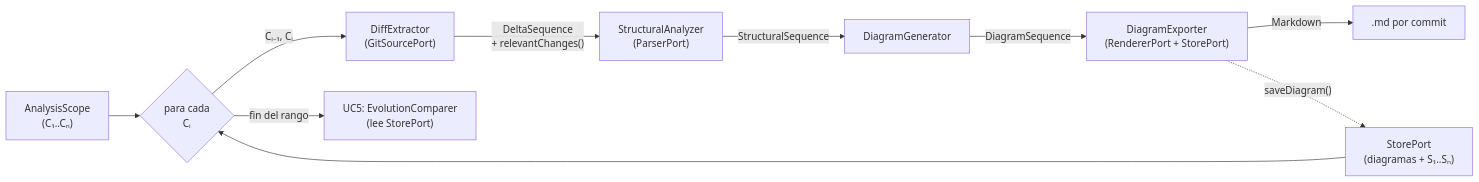
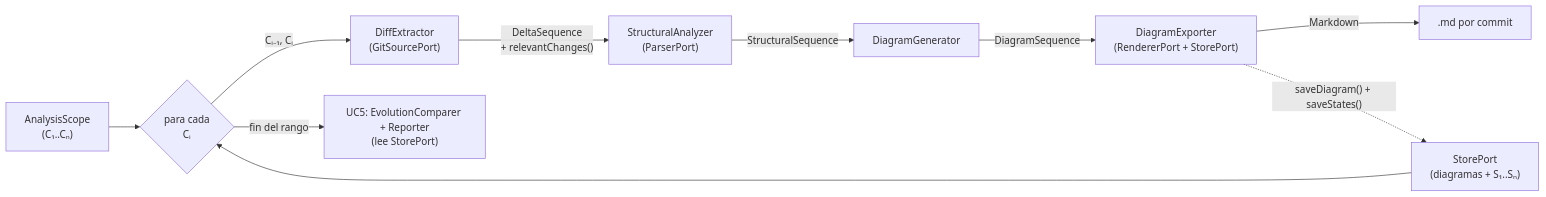
One commit to van2015/DDV changed the third of 3 diagrams in docs/architecture.md. Above: the diagram before and after it, drawn with Mermaid. The commit also changed other lines of this file and 30 other files, not shown here.

First line of the commit message:
feat(uc5): add global evolution comparison with persisted states

````diff
--- a/docs/architecture.md
+++ b/docs/architecture.md
@@ -123,12 +123,12 @@
 ```mermaid
 flowchart LR
     S["AnalysisScope<br/>(C₁..Cₙ)"] --> L{"para cada<br/>Cᵢ"}
     L -->|"Cᵢ₋₁, Cᵢ"| D["DiffExtractor<br/>(GitSourcePort)"]
     D -->|"DeltaSequence<br/>+ relevantChanges()"| A["StructuralAnalyzer<br/>(ParserPort)"]
     A -->|"StructuralSequence"| G["DiagramGenerator"]
     G -->|"DiagramSequence"| X["DiagramExporter<br/>(RendererPort + StorePort)"]
     X -->|"Markdown"| F[".md por commit"]
-    X -.->|"saveDiagram()"| ST["StorePort<br/>(diagramas + S₁..Sₙ)"]
+    X -.->|"saveDiagram() + saveStates()"| ST["StorePort<br/>(diagramas + S₁..Sₙ)"]
     ST --> L
-    L -->|"fin del rango"| R["UC5: EvolutionComparer<br/>(lee StorePort)"]
+    L -->|"fin del rango"| R["UC5: EvolutionComparer + Reporter<br/>(lee StorePort)"]
 ```
````
